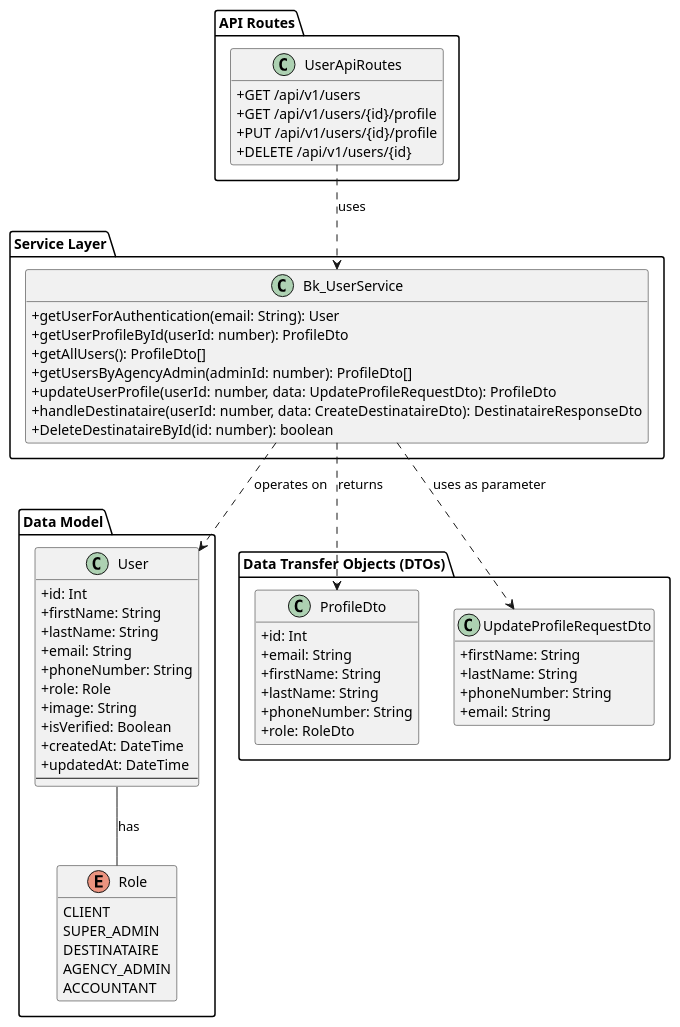
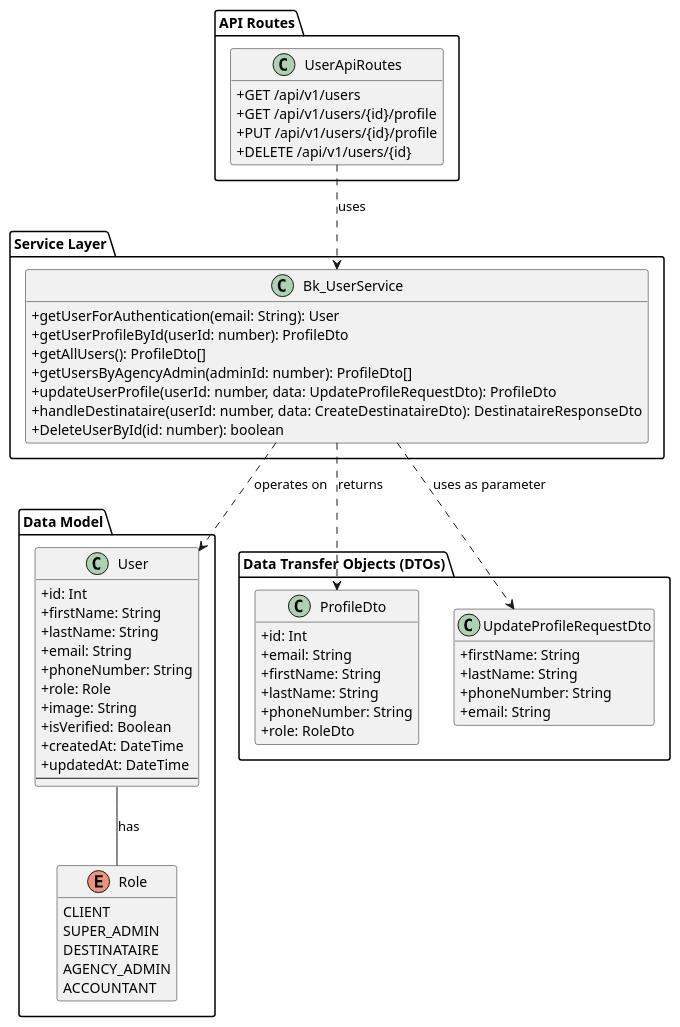
One commit to Bentouhami/vercel-colis-app-nextjs changed the diagram in analyses/UML/class_diagram_user_domain.puml. Above: the diagram before and after it, drawn with PlantUML. The commit also changed 18 other files, not shown here.

Commit message:
feat: update user management flows

```diff
--- a/analyses/UML/class_diagram_user_domain.puml
+++ b/analyses/UML/class_diagram_user_domain.puml
@@ -1,86 +1,86 @@
 @startuml
 ' Diagramme de Classe pour le domaine Utilisateur (User)
 
 skinparam classAttributeIconSize 0
 hide empty members
 
 package "Data Model" {
     class User {
         + id: Int
         + firstName: String
         + lastName: String
         + email: String
         + phoneNumber: String
         + role: Role
         + image: String
         + isVerified: Boolean
         + createdAt: DateTime
         + updatedAt: DateTime
         --
         ' Relations (simplifiées)
         ' sentEnvois: Envoi[]
         ' receivedEnvois: Envoi[]
         ' userAddresses: UserAddress[]
     }
 
     enum Role {
         CLIENT
         SUPER_ADMIN
         DESTINATAIRE
         AGENCY_ADMIN
         ACCOUNTANT
     }
 }
 
 package "Data Transfer Objects (DTOs)" {
     class ProfileDto {
         + id: Int
         + email: String
         + firstName: String
         + lastName: String
         + phoneNumber: String
         + role: RoleDto
         ' ... autres champs pertinents
     }
 
     class UpdateProfileRequestDto {
         + firstName: String
         + lastName: String
         + phoneNumber: String
         + email: String
         ' ... autres champs pour l'adresse
     }
 }
 
 package "Service Layer" {
     class Bk_UserService {
         + getUserForAuthentication(email: String): User
         + getUserProfileById(userId: number): ProfileDto
         + getAllUsers(): ProfileDto[]
         + getUsersByAgencyAdmin(adminId: number): ProfileDto[]
         + updateUserProfile(userId: number, data: UpdateProfileRequestDto): ProfileDto
         + handleDestinataire(userId: number, data: CreateDestinataireDto): DestinataireResponseDto
-        + DeleteDestinataireById(id: number): boolean
+        + DeleteUserById(id: number): boolean
         ' ... autres méthodes importantes
     }
 }
 
 package "API Routes" {
     class UserApiRoutes {
         + GET /api/v1/users
         + GET /api/v1/users/{id}/profile
         + PUT /api/v1/users/{id}/profile
         + DELETE /api/v1/users/{id}
     }
 }
 
 ' --- Relations ---
 
 UserApiRoutes ..> Bk_UserService : uses
 Bk_UserService ..> User : operates on
 Bk_UserService ..> ProfileDto : returns
 Bk_UserService ..> UpdateProfileRequestDto : uses as parameter
 
 User -- Role : has
 
 @enduml
```
